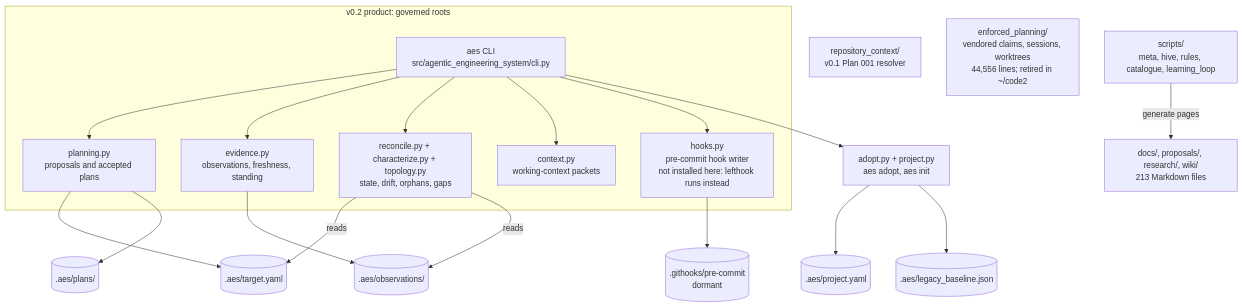
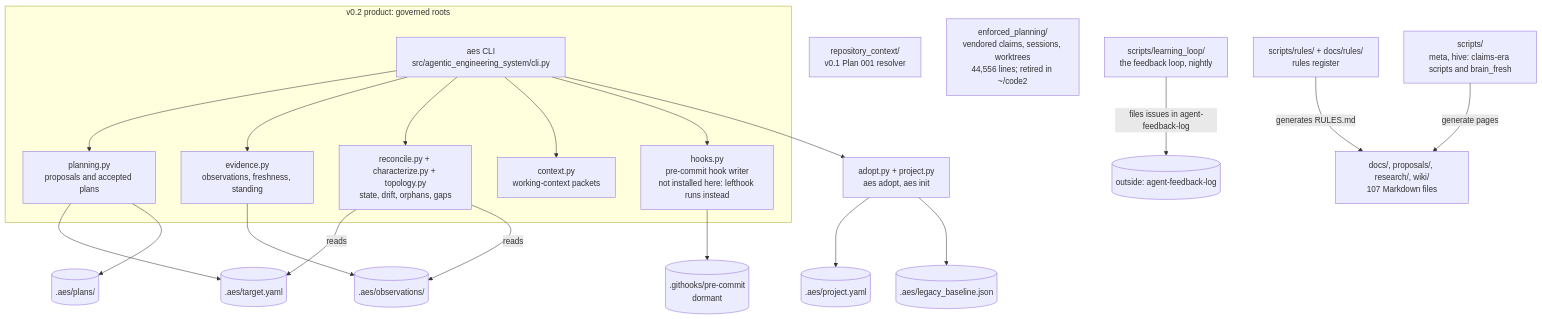
One commit to BrianMills2718/agentic-engineering-system-canonical changed the second of 2 diagrams in docs/planning/SYSTEM_MODEL.md. Above: the diagram before and after it, drawn with Mermaid. The commit also changed other lines of this file and 29 other files, not shown here.

````diff
--- a/docs/planning/SYSTEM_MODEL.md
+++ b/docs/planning/SYSTEM_MODEL.md
@@ -38,33 +61,37 @@
 ```mermaid
 flowchart TB
   subgraph v02[v0.2 product: governed roots]
     cli[aes CLI<br/>src/agentic_engineering_system/cli.py]
     plan[planning.py<br/>proposals and accepted plans]
     ev[evidence.py<br/>observations, freshness, standing]
     rec[reconcile.py + characterize.py + topology.py<br/>state, drift, orphans, gaps]
     ctx[context.py<br/>working-context packets]
     hk[hooks.py<br/>pre-commit hook writer<br/>not installed here: lefthook runs instead]
   end
   v01[repository_context/<br/>v0.1 Plan 001 resolver]
   ep[enforced_planning/<br/>vendored claims, sessions, worktrees<br/>44,556 lines; retired in ~/code2]
-  scr[scripts/<br/>meta, hive, rules, catalogue, learning_loop]
-  docs[docs/, proposals/, research/, wiki/<br/>213 Markdown files]
+  ll[scripts/learning_loop/<br/>the feedback loop, nightly]
+  rr[scripts/rules/ + docs/rules/<br/>rules register]
+  scr[scripts/<br/>meta, hive: claims-era scripts and brain_fresh]
+  docs[docs/, proposals/, research/, wiki/<br/>107 Markdown files]
   t[(.aes/target.yaml)]
   o[(.aes/observations/)]
   p[(.aes/plans/)]
   g[(.githooks/pre-commit<br/>dormant)]
   pj[(.aes/project.yaml)]
   lb[(.aes/legacy_baseline.json)]
   ad[adopt.py + project.py<br/>aes adopt, aes init]
   cli --> plan --> t
   plan --> p
   cli --> ev --> o
   cli --> rec
   rec -->|reads| t
   rec -->|reads| o
   cli --> ctx
   cli --> hk --> g
   cli --> ad --> pj
   ad --> lb
   scr -->|generate pages| docs
+  rr -->|generates RULES.md| docs
+  ll -->|files issues in agent-feedback-log| out[(outside: agent-feedback-log)]
 ```
````
